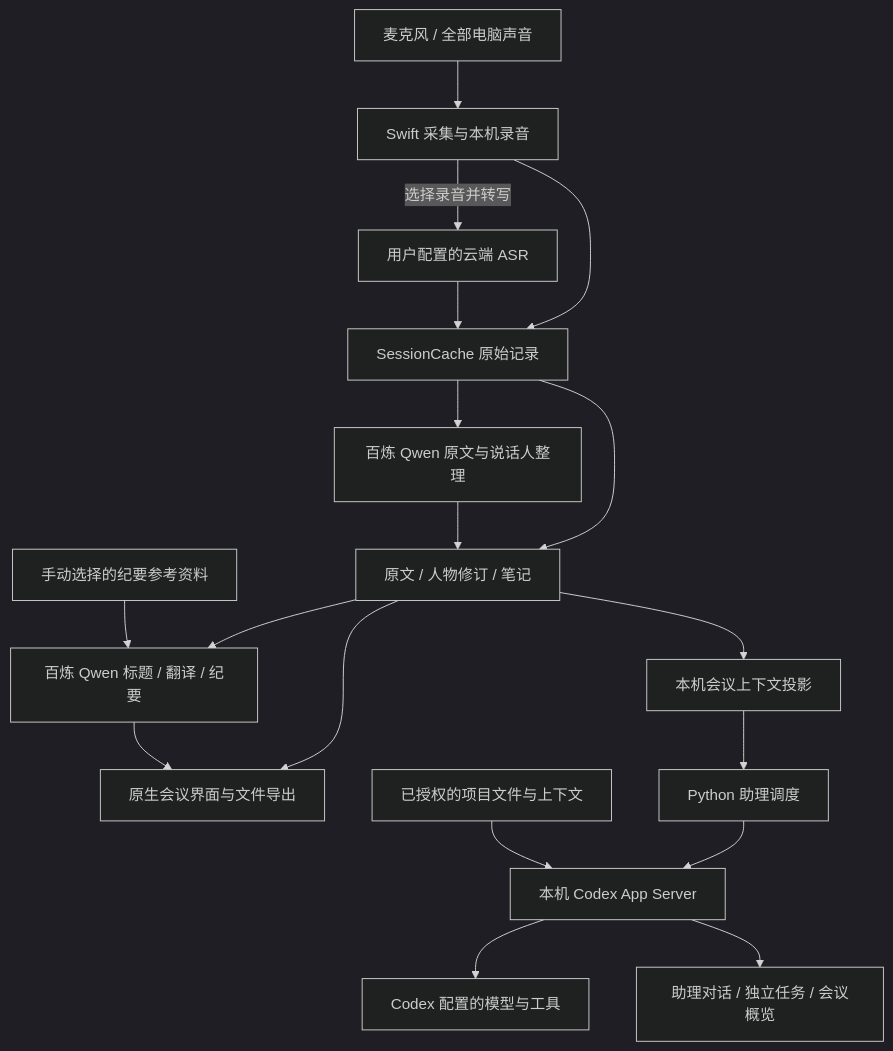
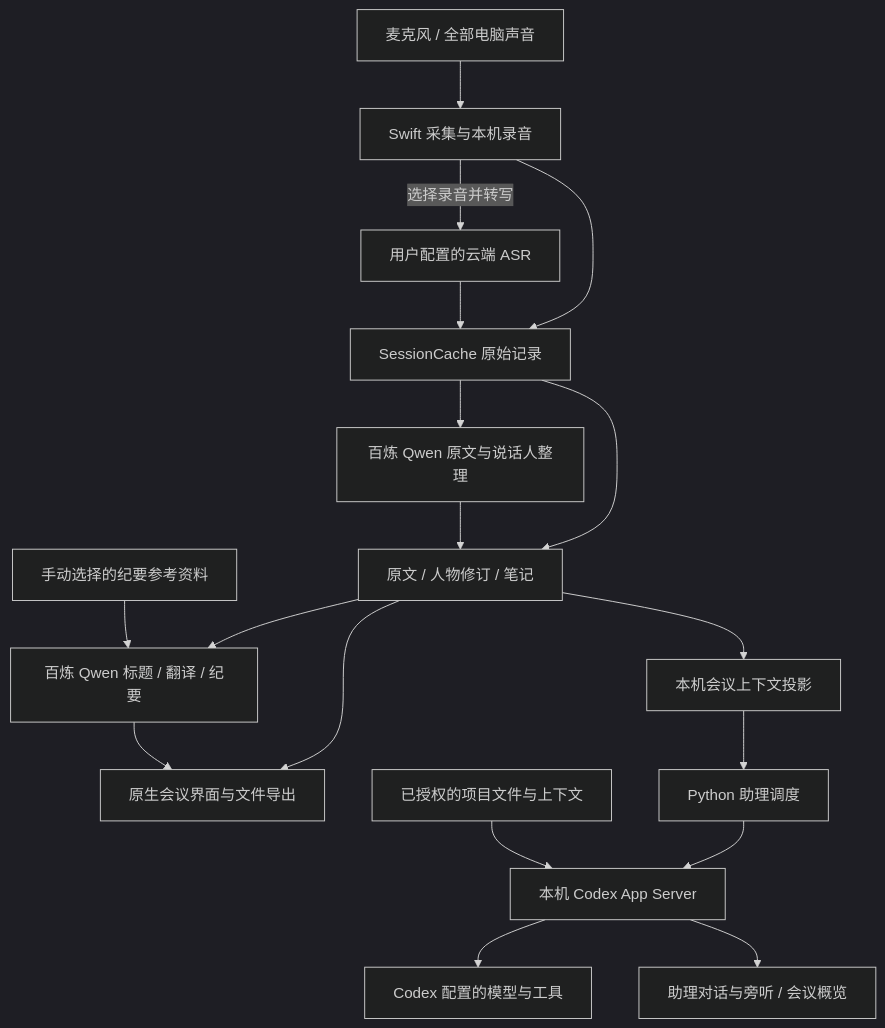
One commit to JoeSangAI/zaichang changed the diagram in docs/ARCHITECTURE.md. Above: the diagram before and after it, drawn with Mermaid (dark theme). The commit also changed other lines of this file and 131 other files, not shown here.

````diff
--- a/docs/ARCHITECTURE.md
+++ b/docs/ARCHITECTURE.md
@@ -5,20 +5,20 @@
 ```mermaid
 flowchart TD
     A[麦克风 / 全部电脑声音] --> B[Swift 采集与本机录音]
     B --> C[SessionCache 原始记录]
     B -->|选择录音并转写| D[用户配置的云端 ASR]
     D --> C
     C --> E[原文 / 人物修订 / 笔记]
     E --> F[原生会议界面与文件导出]
     E --> M[百炼 Qwen 标题 / 翻译 / 纪要]
     N[手动选择的纪要参考资料] --> M
     C --> O[百炼 Qwen 原文与说话人整理]
     O --> E
     M --> F
     E --> G[本机会议上下文投影]
     G --> H[Python 助理调度]
     H --> I[本机 Codex App Server]
     I --> J[Codex 配置的模型与工具]
     K[已授权的项目文件与上下文] --> I
-    I --> L[助理对话 / 独立任务 / 会议概览]
+    I --> L[助理对话与旁听 / 会议概览]
 ```
````
